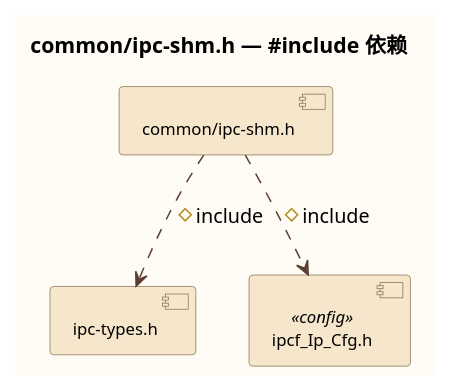
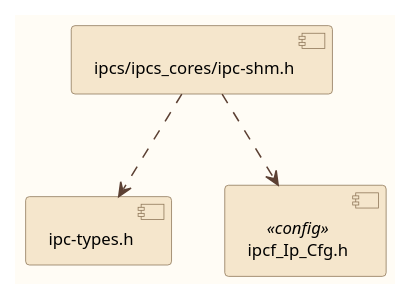
Before and after one commit to Mastang1/sad_sdd_proj: the diagram in c1_sdd_linux-ipcs/cursor_tmp/files_32_umls/3_2_5.puml, drawn with PlantUML. The commit also changed 232 other files, not shown here.

```diff
--- a/c1_sdd_linux-ipcs/cursor_tmp/files_32_umls/3_2_5.puml
+++ b/c1_sdd_linux-ipcs/cursor_tmp/files_32_umls/3_2_5.puml
@@ -1,23 +1,22 @@
 @startuml
 skinparam backgroundColor #FFFCF5
 skinparam component {
   BackgroundColor #F5E6CC
   BorderColor #8B7355
   FontSize 11
 }
 skinparam package {
   BackgroundColor #FAF0E0
   BorderColor #A08060
 }
 skinparam arrowColor #5C4033
 skinparam note {
   BackgroundColor #FFF8E8
   BorderColor #B89968
 }
-title common/ipc-shm.h — #include 依赖
-component [common/ipc-shm.h] as SRC
+component [ipcs/ipcs_cores/ipc-shm.h] as SRC
 component [ipc-types.h] as H0
 component [ipcf_Ip_Cfg.h] as H1 <<config>>
-SRC ..> H0 : #include
-SRC ..> H1 : #include
+SRC ..> H0
+SRC ..> H1
 @enduml
```
